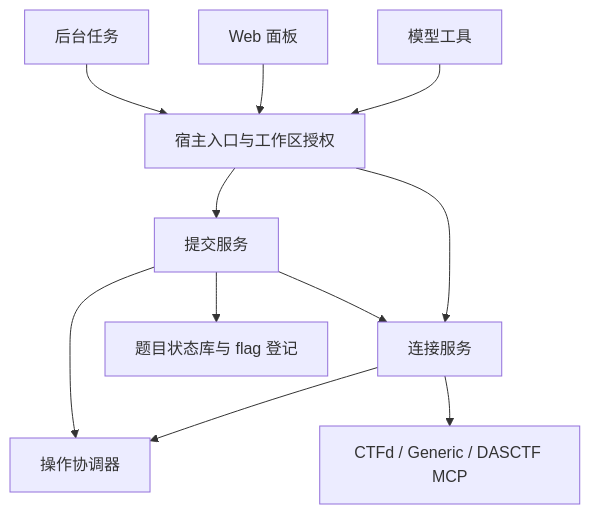
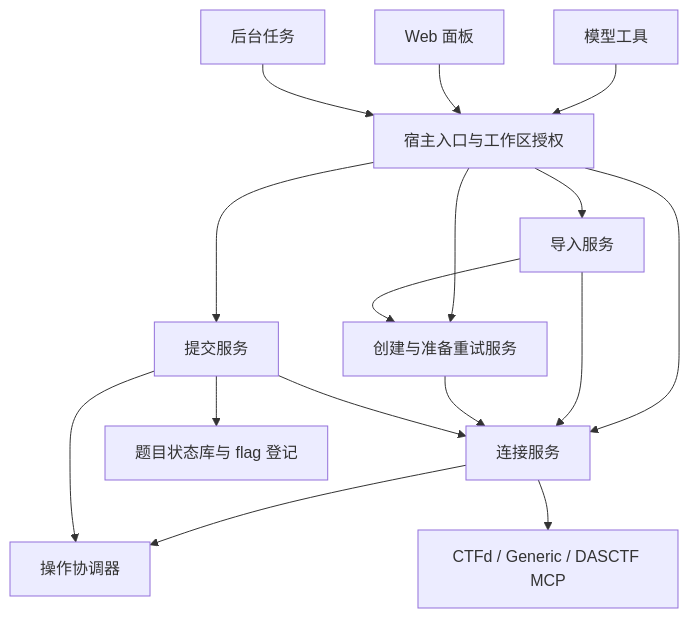
One commit to moliyu1101/dsh-ctf-auto changed the diagram in docs/PLATFORM-ARCHITECTURE.md. Above: the diagram before and after it, drawn with Mermaid. The commit also changed other lines of this file and 8 other files, not shown here.

````diff
--- a/docs/PLATFORM-ARCHITECTURE.md
+++ b/docs/PLATFORM-ARCHITECTURE.md
@@ -5,13 +5,18 @@
 ```mermaid
 flowchart TD
     T[模型工具] --> H[宿主入口与工作区授权]
     W[Web 面板] --> H
     B[后台任务] --> H
     H --> S[提交服务]
     H --> P[连接服务]
+    H --> I[导入服务]
+    H --> C[创建与准备重试服务]
+    I --> C
+    I --> P
+    C --> P
     S --> P
     P --> O[操作协调器]
     S --> O
     P --> A[CTFd / Generic / DASCTF MCP]
     S --> D[题目状态库与 flag 登记]
 ```
````
